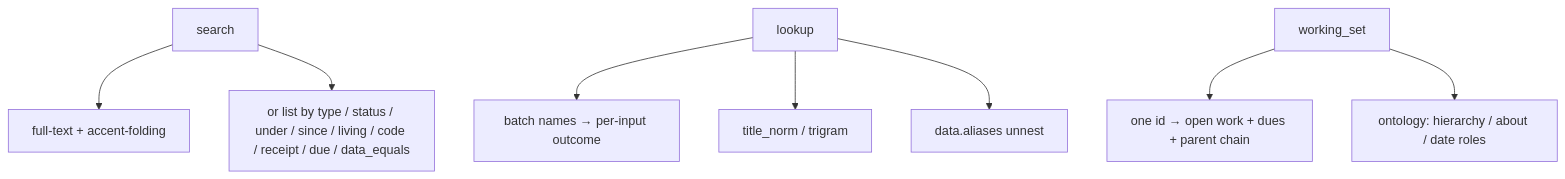
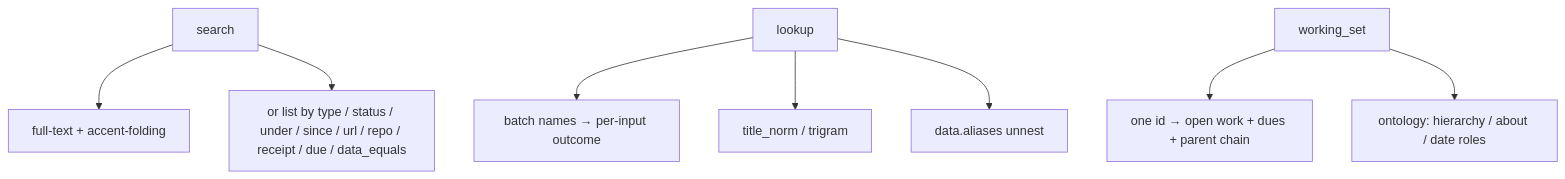
One commit to dgraziosi/foundation changed the seventh of 11 diagrams in docs/ARCHITECTURE.md. Above: the diagram before and after it, drawn with Mermaid. The commit also changed other lines of this file and 39 other files, not shown here.

First line of the commit message:
search { url } / { repo } live filters; link is the edge verb (#56)

````diff
--- a/docs/ARCHITECTURE.md
+++ b/docs/ARCHITECTURE.md
@@ -200,13 +200,13 @@
 ```mermaid
 flowchart TB
   search_box["search"]
   search_box --> fts["full-text + accent-folding"]
-  search_box --> list_or_filter["or list by type / status / under / since / living / code / receipt / due / data_equals"]
+  search_box --> list_or_filter["or list by type / status / under / since / url / repo / receipt / due / data_equals"]
   lookup_box["lookup"]
   lookup_box --> names["batch names → per-input outcome"]
   lookup_box --> title_idx["title_norm / trigram"]
   lookup_box --> aliases["data.aliases unnest"]
   working_set_box["working_set"]
   working_set_box --> rooted["one id → open work + dues + parent chain"]
   working_set_box --> ontology_walk["ontology: hierarchy / about / date roles"]
 ```
````
